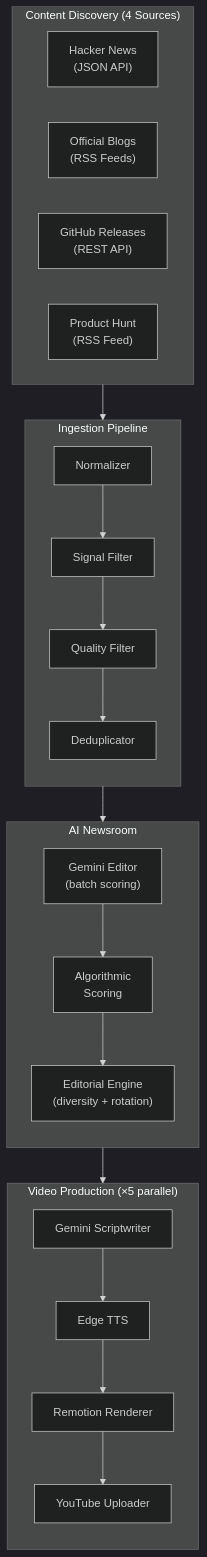
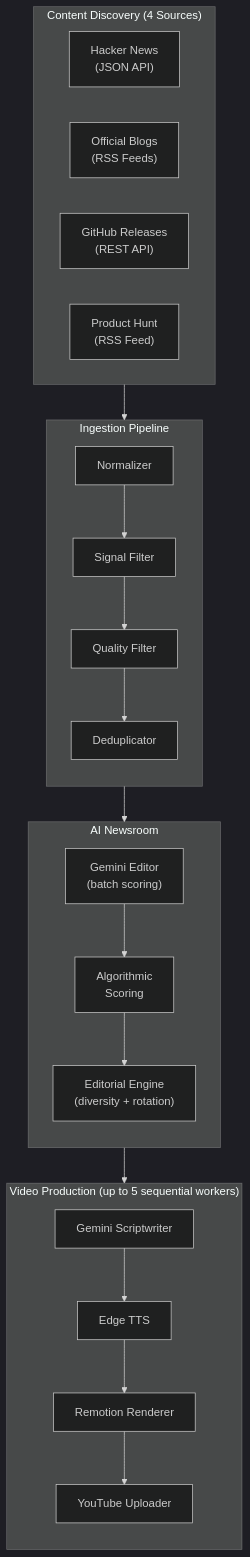
The diagram in README.md (vishnu108shanker/Devbyte-Engine), drawn with Mermaid (dark theme) before and after one commit. The commit also changed other lines of this file and 3 other files, not shown here.

````diff
--- a/README.md
+++ b/README.md
@@ -15,34 +15,34 @@
 ```mermaid
 flowchart TD
     subgraph Discovery ["Content Discovery (4 Sources)"]
         direction LR
         S1["Hacker News\n(JSON API)"]
         S2["Official Blogs\n(RSS Feeds)"]
         S3["GitHub Releases\n(REST API)"]
         S4["Product Hunt\n(RSS Feed)"]
     end
 
     subgraph Ingestion ["Ingestion Pipeline"]
         direction TB
         N["Normalizer"] --> SF["Signal Filter"]
         SF --> QF["Quality Filter"]
         QF --> DD["Deduplicator"]
     end
 
     subgraph Intelligence ["AI Newsroom"]
         direction TB
         EV["Gemini Editor\n(batch scoring)"] --> SC["Algorithmic\nScoring"]
         SC --> ED["Editorial Engine\n(diversity + rotation)"]
     end
 
-    subgraph Production ["Video Production (×5 parallel)"]
+    subgraph Production ["Video Production (up to 5 sequential workers)"]
         direction TB
         GS["Gemini Scriptwriter"] --> TTS["Edge TTS"]
         TTS --> REM["Remotion Renderer"]
         REM --> UP["YouTube Uploader"]
     end
 
     Discovery --> Ingestion
     Ingestion --> Intelligence
     Intelligence --> Production
 ```
````
